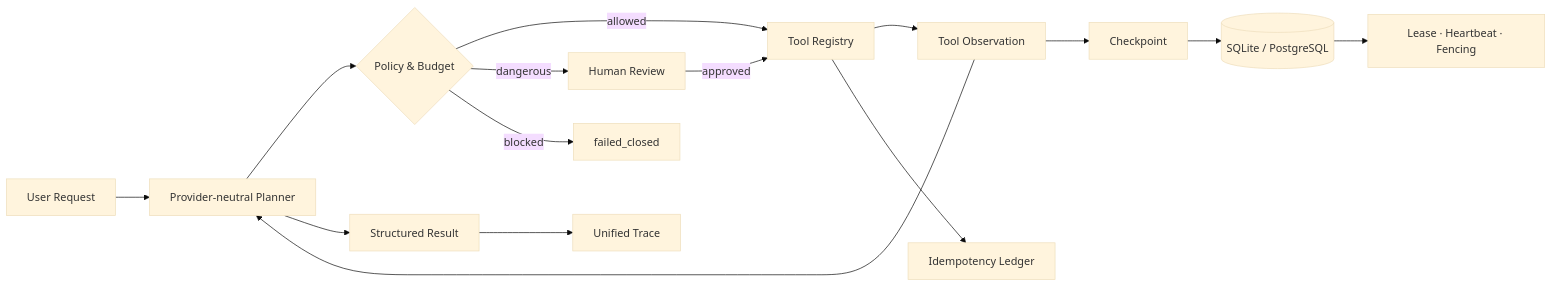
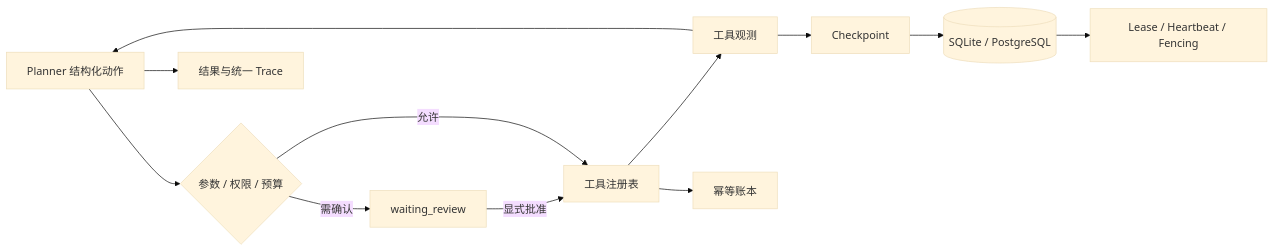
Before and after one commit to KristenYue/agent-runtime-quality-platform: the diagram in README.md, drawn with Mermaid (base theme). The commit also changed other lines of this file and 2 other files, not shown here.

Commit message:
docs: present engineering architecture and verified project evidence

````diff
--- a/README.md
+++ b/README.md
@@ -55,17 +18,14 @@
 ```mermaid
 flowchart LR
-    A[User Request] --> P[Provider-neutral Planner]
-    P --> C{Policy & Budget}
-    C -->|allowed| T[Tool Registry]
-    C -->|dangerous| H[Human Review]
-    C -->|blocked| F[failed_closed]
-    H -->|approved| T
-    T --> O[Tool Observation]
+    P[Planner 结构化动作] --> G{参数 / 权限 / 预算}
+    G -->|需确认| H[waiting_review]
+    H -->|显式批准| T[工具注册表]
+    G -->|允许| T
+    T --> O[工具观测]
     O --> P
-    P --> R[Structured Result]
-    T --> L[Idempotency Ledger]
-    O --> K[Checkpoint]
-    K --> B[(SQLite / PostgreSQL)]
-    B --> X[Lease · Heartbeat · Fencing]
-    R --> Z[Unified Trace]
+    T --> L[幂等账本]
+    O --> C[Checkpoint]
+    C --> DB[(SQLite / PostgreSQL)]
+    DB --> F[Lease / Heartbeat / Fencing]
+    P --> R[结果与统一 Trace]
 ```
````
